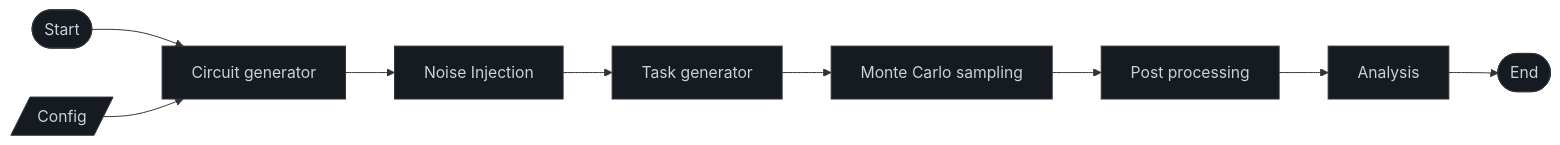
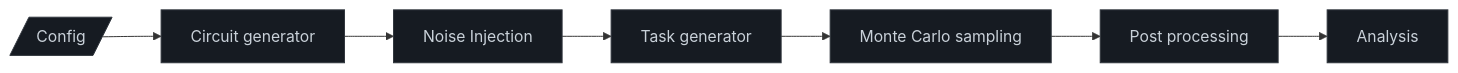
The diagram in README.md (marcosj/qdots), drawn with Mermaid before and after one commit.

````diff
--- a/README.md
+++ b/README.md
@@ -23,21 +23,17 @@
 ```mermaid
 graph LR
-    Start([Start]) --> CG[Circuit generator]
-    Config[/Config/] --> CG
+    Config[/Config/] --> CG[Circuit generator]
     CG --> NI[Noise Injection]
     NI --> TG[Task generator]
     TG --> MC[Monte Carlo sampling]
     MC --> PP[Post processing]
     PP --> An[Analysis]
-    An --> End([End])
 
-    style Start fill:#161b22,stroke:#30363d,color:#c9d1d9
-    style End fill:#161b22,stroke:#30363d,color:#c9d1d9
     style Config fill:#161b22,stroke:#30363d,color:#c9d1d9
     style CG fill:#161b22,stroke:#30363d,color:#c9d1d9
     style NI fill:#161b22,stroke:#30363d,color:#c9d1d9
     style TG fill:#161b22,stroke:#30363d,color:#c9d1d9
     style MC fill:#161b22,stroke:#30363d,color:#c9d1d9
     style PP fill:#161b22,stroke:#30363d,color:#c9d1d9
     style An fill:#161b22,stroke:#30363d,color:#c9d1d9
 ```
````
